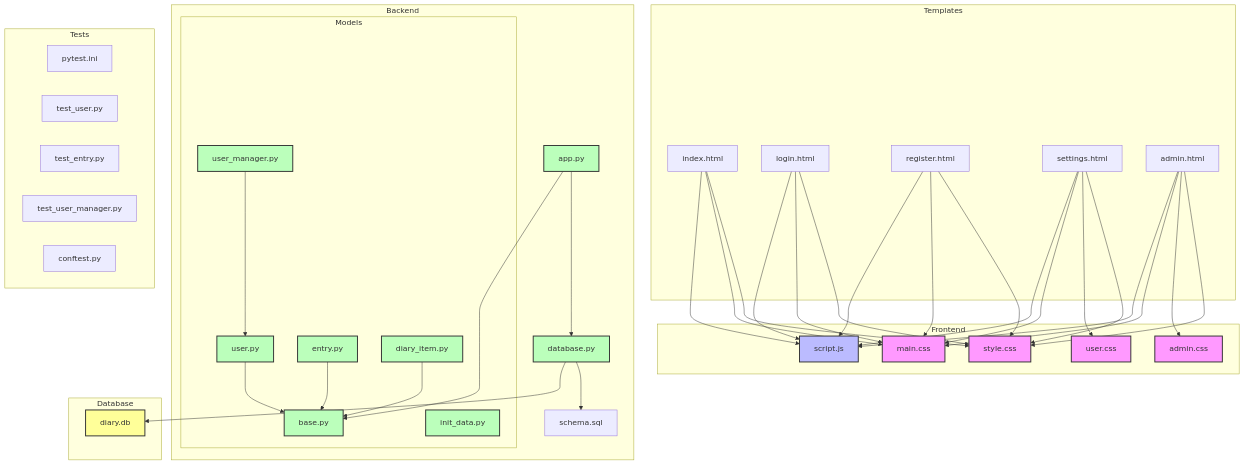
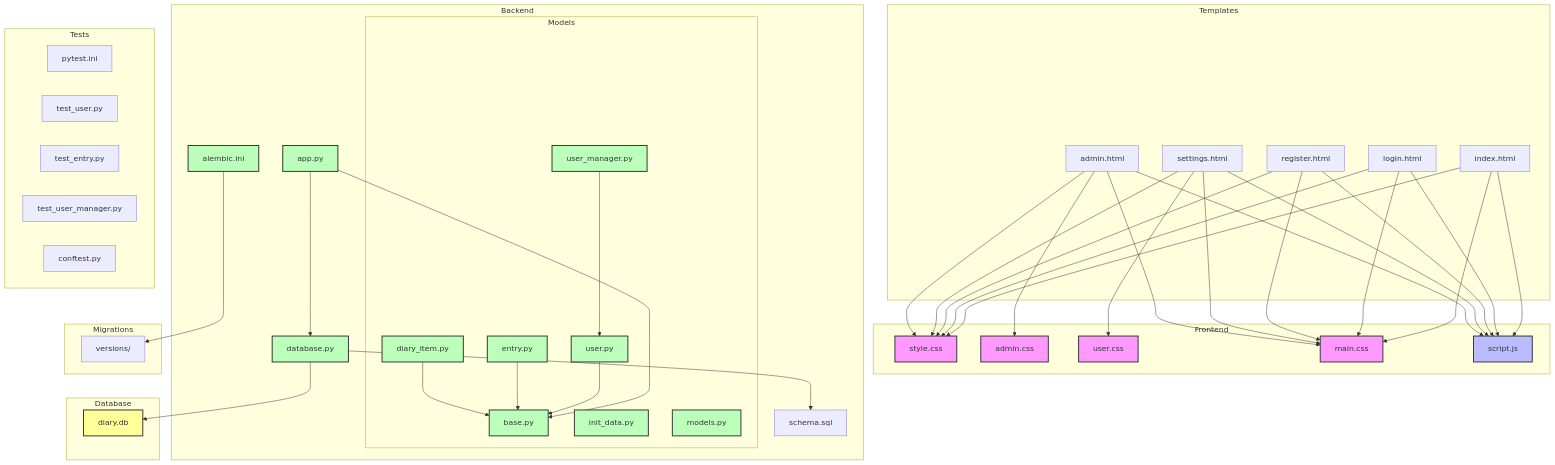
The tenth of 10 diagrams in docs/diagrams.md (sougetuOte/LifeLog), drawn with Mermaid before and after one commit. The commit also changed other lines of this file and 5 other files, not shown here.

````diff
--- a/docs/diagrams.md
+++ b/docs/diagrams.md
@@ -327,21 +342,27 @@
             L4[diary_item.py]
             L5[user_manager.py]
             L6[init_data.py]
+            L7[models.py]
         end
         M[database.py]
         N[schema.sql]
+        O[alembic.ini]
     end
 
     subgraph Database
-        O[diary.db]
+        P[diary.db]
+    end
+
+    subgraph Migrations
+        Q[versions/]
     end
 
     subgraph Tests
-        P[pytest.ini]
-        Q[test_user.py]
-        R[test_entry.py]
-        S[test_user_manager.py]
-        T[conftest.py]
+        R[pytest.ini]
+        S[test_user.py]
+        T[test_entry.py]
+        U[test_user_manager.py]
+        V[conftest.py]
     end
 
     %% Frontend Dependencies
@@ -373,7 +394,8 @@
     L5 --> L2
     K --> M
     M --> N
-    M --> O
+    M --> P
+    O --> Q
 
     style A fill:#f9f,stroke:#333,stroke-width:2px
     style B fill:#f9f,stroke:#333,stroke-width:2px
@@ -387,6 +409,8 @@
     style L4 fill:#bfb,stroke:#333,stroke-width:2px
     style L5 fill:#bfb,stroke:#333,stroke-width:2px
     style L6 fill:#bfb,stroke:#333,stroke-width:2px
+    style L7 fill:#bfb,stroke:#333,stroke-width:2px
     style M fill:#bfb,stroke:#333,stroke-width:2px
-    style O fill:#ff9,stroke:#333,stroke-width:2px
+    style O fill:#bfb,stroke:#333,stroke-width:2px
+    style P fill:#ff9,stroke:#333,stroke-width:2px
 ```
````
